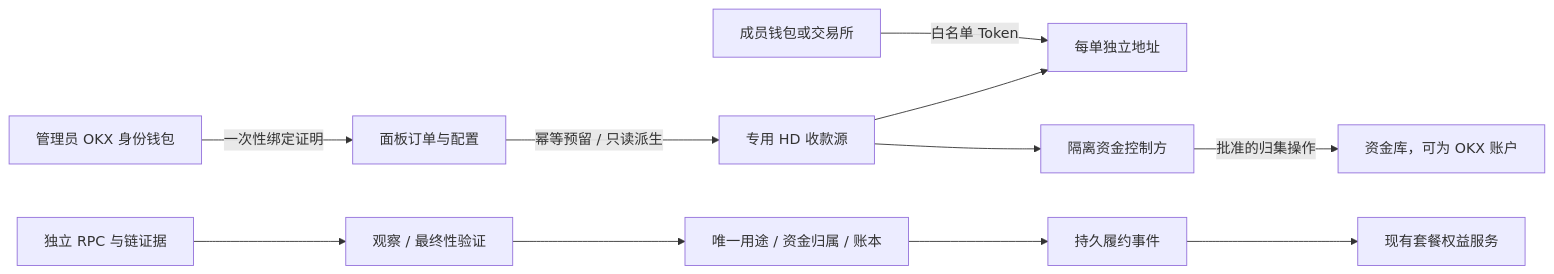
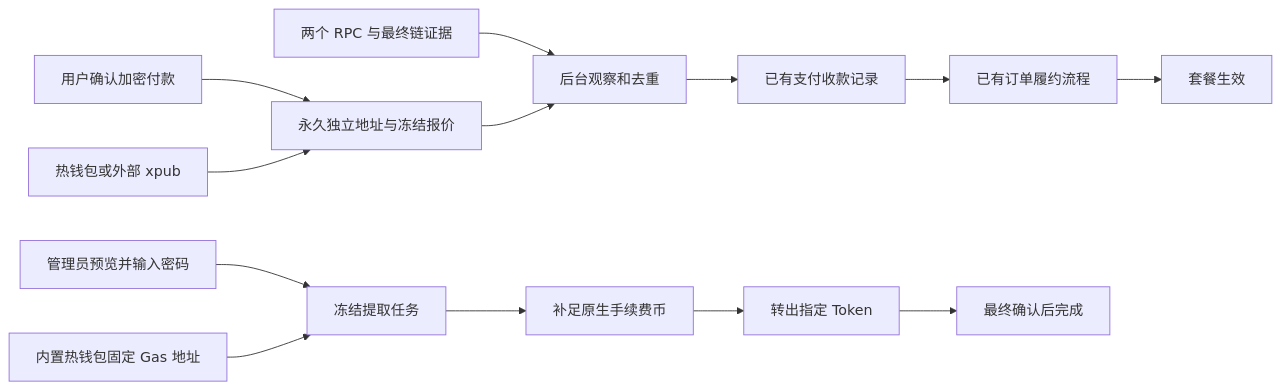
The diagram in docs/projects/crypto-payments/README.md (wudi000888-svg/guangyue-panel), drawn with Mermaid before and after one commit. The commit also changed other lines of this file and 71 other files, not shown here.

````diff
--- a/docs/projects/crypto-payments/README.md
+++ b/docs/projects/crypto-payments/README.md
@@ -56,13 +58,15 @@
 ```mermaid
 flowchart LR
-    Admin[管理员 OKX 身份钱包] -->|一次性绑定证明| Panel[面板订单与配置]
-    Panel -->|幂等预留 / 只读派生| Pool[专用 HD 收款源]
-    Pool --> Invoice[每单独立地址]
-    Member[成员钱包或交易所] -->|白名单 Token| Invoice
-    RPC[独立 RPC 与链证据] --> Observer[观察 / 最终性验证]
-    Observer --> Settlement[唯一用途 / 资金归属 / 账本]
-    Settlement --> Outbox[持久履约事件]
-    Outbox --> Plan[现有套餐权益服务]
-    Pool --> Signer[隔离资金控制方]
-    Signer -->|批准的归集操作| Treasury[资金库，可为 OKX 账户]
+    Member[用户确认加密付款] --> Invoice[永久独立地址与冻结报价]
+    Wallet[热钱包或外部 xpub] --> Invoice
+    RPC[两个 RPC 与最终链证据] --> Scan[后台观察和去重]
+    Invoice --> Scan
+    Scan --> Receipt[已有支付收款记录]
+    Receipt --> Worker[已有订单履约流程]
+    Worker --> Plan[套餐生效]
+    Admin[管理员预览并输入密码] --> Job[冻结提取任务]
+    Hot[内置热钱包固定 Gas 地址] --> Job
+    Job --> Gas[补足原生手续费币]
+    Gas --> Transfer[转出指定 Token]
+    Transfer --> Final[最终确认后完成]
 ```
````
